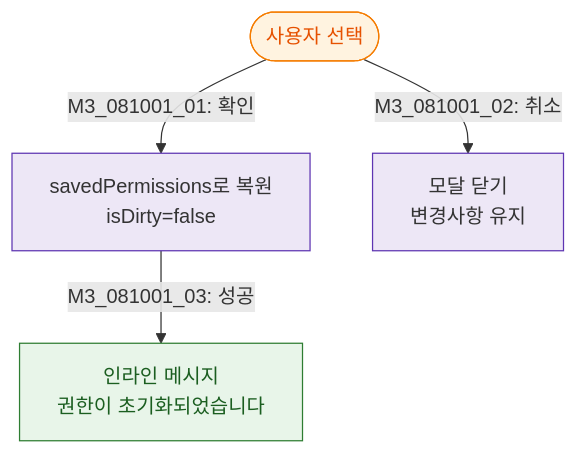
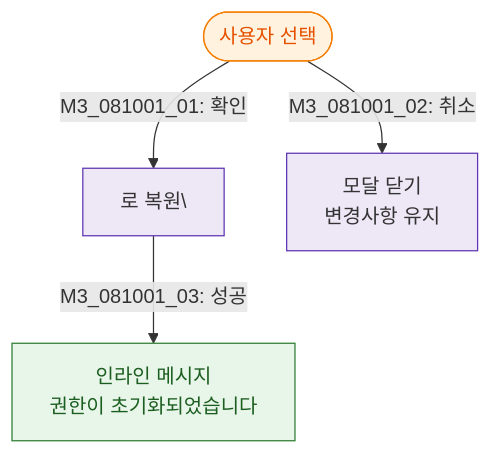
The diagram in docs/다이어그램/D09_설정관리/DLG/DLG-081-001_권한초기화/M3_결과분기.md (dev-spogym/admin-pando), drawn with Mermaid before and after one commit. The commit also changed other lines of this file and 1660 other files, not shown here.

First line of the commit message:
다이어그램: 기획자/클라이언트 납품본으로 정리

````diff
--- a/docs/다이어그램/D09_설정관리/DLG/DLG-081-001_권한초기화/M3_결과분기.md
+++ b/docs/다이어그램/D09_설정관리/DLG/DLG-081-001_권한초기화/M3_결과분기.md
@@ -14,14 +12,14 @@
 ```mermaid
 flowchart TD
-    Action([사용자 선택]) -->|"M3_081001_01: 확인"| ResetPath[savedPermissions로 복원\nisDirty=false]
-    Action -->|"M3_081001_02: 취소"| CancelPath[모달 닫기\n변경사항 유지]
+    Action([사용자 선택]) -->|"M3_081001_01: 확인"|ResetPath[로 복원\]
+    Action -->|"M3_081001_02: 취소"|CancelPath[모달 닫기\n변경사항 유지]
 
-    ResetPath -->|"M3_081001_03: 성공"| T_ResetOK[인라인 메시지\n권한이 초기화되었습니다]
+    ResetPath -->|"M3_081001_03: 성공"|T_ResetOK[인라인 메시지\n권한이 초기화되었습니다]
 
     classDef modal fill:#FFF3E0,stroke:#F57C00,color:#E65100
     classDef success fill:#E8F5E9,stroke:#2E7D32,color:#1B5E20
     classDef system fill:#EDE7F6,stroke:#5E35B2
     class Action modal
     class T_ResetOK success
     class ResetPath,CancelPath system
 ```
````
